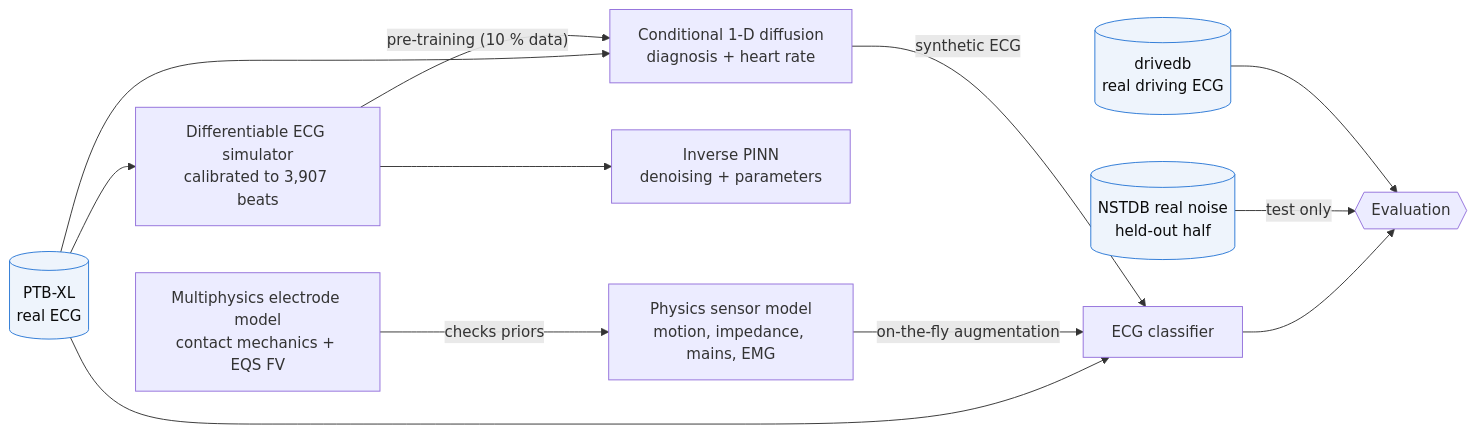
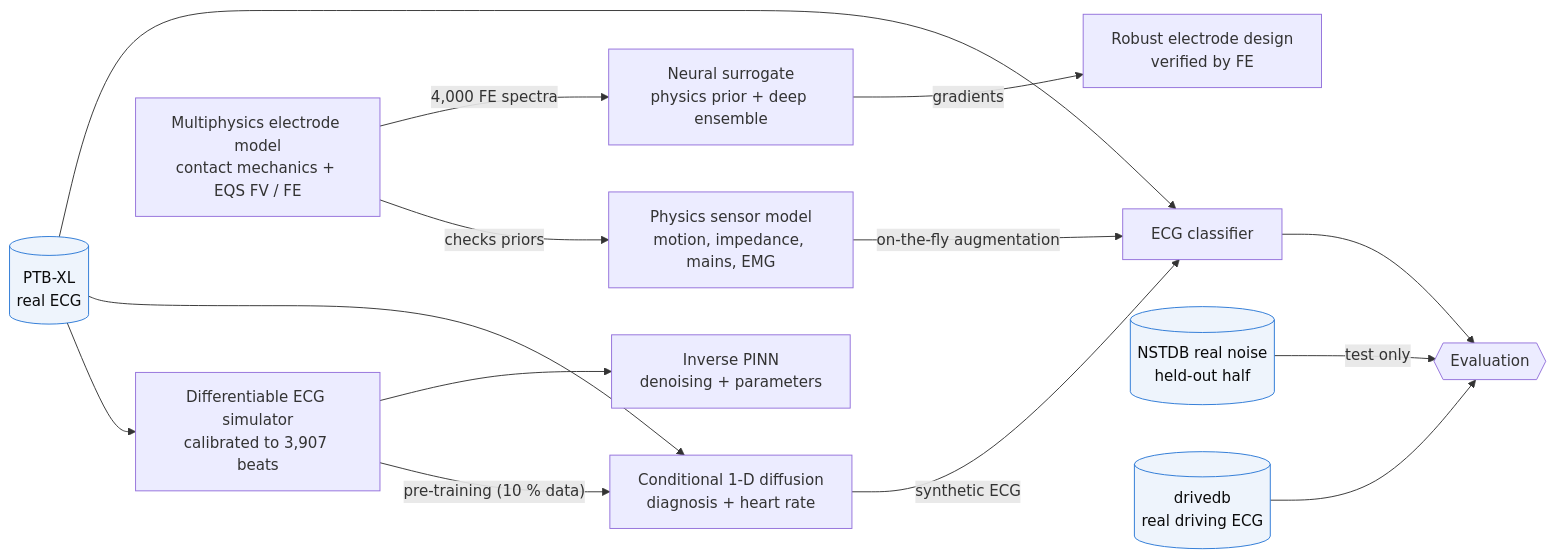
One commit to AKilalours/guardian-drive changed the diagram in README.md. Above: the diagram before and after it, drawn with Mermaid. The commit also changed other lines of this file and 27 other files, not shown here.

Commit message:
Neural surrogate of the FE electrode solver, surrogate-based design, data-scaling study and physics-guidance ablation

````diff
--- a/README.md
+++ b/README.md
@@ -106,15 +115,17 @@
 ```mermaid
 flowchart LR
     R[("PTB-XL<br/>real ECG")]:::data --> C["Differentiable ECG simulator<br/>calibrated to 3,907 beats"]
     R --> E["Conditional 1-D diffusion<br/>diagnosis + heart rate"]
     R --> F["ECG classifier"]
     C -->|"pre-training (10 % data)"| E
     C --> P["Inverse PINN<br/>denoising + parameters"]
-    M["Multiphysics electrode model<br/>contact mechanics + EQS FV"] -->|"checks priors"| S["Physics sensor model<br/>motion, impedance, mains, EMG"]
+    M["Multiphysics electrode model<br/>contact mechanics + EQS FV / FE"] -->|"checks priors"| S["Physics sensor model<br/>motion, impedance, mains, EMG"]
+    M -->|"4,000 FE spectra"| SU["Neural surrogate<br/>physics prior + deep ensemble"]
+    SU -->|"gradients"| D["Robust electrode design<br/>verified by FE"]
     S -->|"on-the-fly augmentation"| F
     E -->|"synthetic ECG"| F
     F --> G{{"Evaluation"}}
     N[("NSTDB real noise<br/>held-out half")]:::data -->|"test only"| G
     V[("drivedb<br/>real driving ECG")]:::data --> G
     classDef data fill:#eef4fc,stroke:#2a78d6,color:#0b0b0b;
 ```
````
